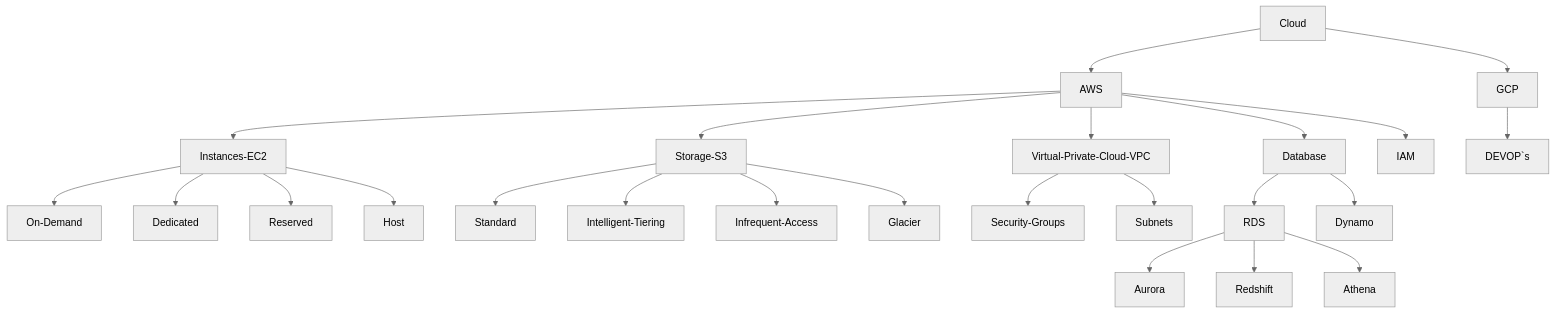
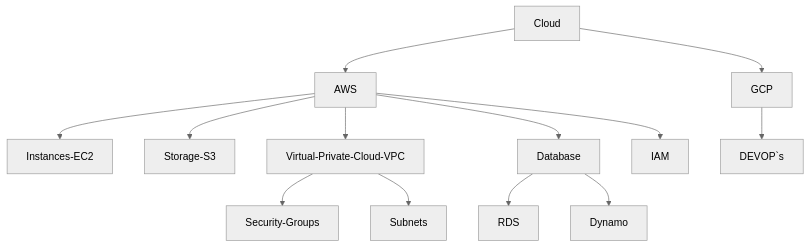
The third of 3 diagrams in README.md (Patricoders23/Patricoders23), drawn with Mermaid (neutral theme) before and after one commit. The commit also changed other lines of this file, not shown here.

````diff
--- a/README.md
+++ b/README.md
@@ -98,26 +100,15 @@
 ```mermaid
 graph TD;
     Cloud-->AWS;
     AWS-->Instances-EC2;
-    Instances-EC2 -->On-Demand;
-    Instances-EC2 -->Dedicated;
-    Instances-EC2 -->Reserved;
-    Instances-EC2 -->Host;
     AWS-->Storage-S3;
-    Storage-S3-->Standard;
-    Storage-S3-->Intelligent-Tiering;
-    Storage-S3-->Infrequent-Access;
-    Storage-S3-->Glacier;
     AWS-->Virtual-Private-Cloud-VPC;
     Virtual-Private-Cloud-VPC-->Security-Groups;
     Virtual-Private-Cloud-VPC-->Subnets;
     AWS--> Database;
     Database --> RDS;
-    RDS --> Aurora;
-    RDS --> Redshift;
-    RDS --> Athena;
     Database --> Dynamo;
     AWS--> IAM;
     Cloud-->GCP;
     GCP-->DEVOP`s;
    ```    
````
